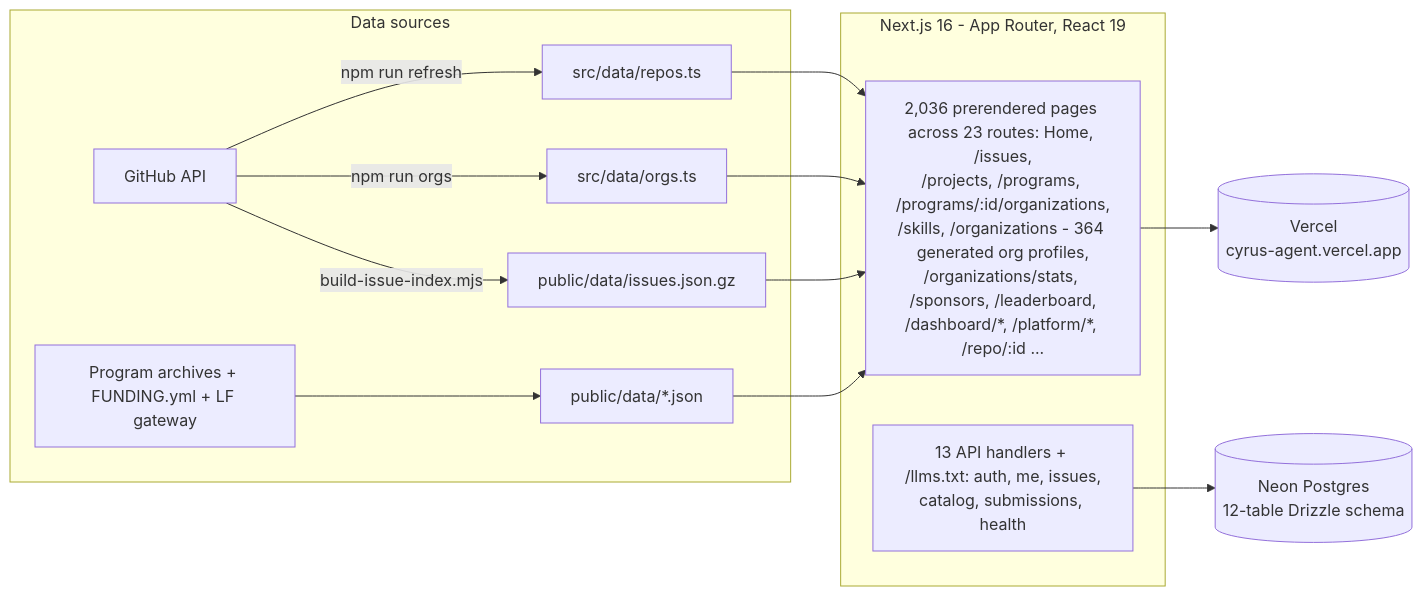
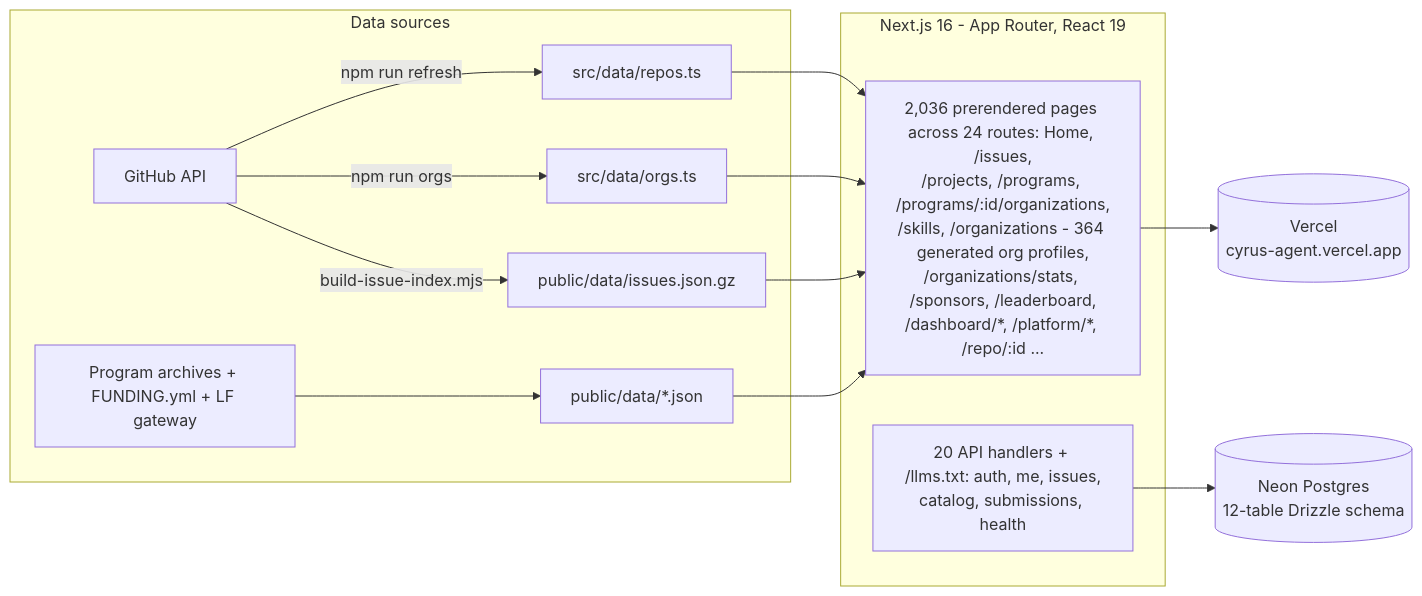
The second of 2 diagrams in README.md (adityalenova/cyrus), drawn with Mermaid before and after one commit. The commit also changed other lines of this file and 25 other files, not shown here.

````diff
--- a/README.md
+++ b/README.md
@@ -342,15 +342,15 @@
 ```mermaid
 flowchart LR
     subgraph sources [Data sources]
         GH[GitHub API] -->|npm run refresh| D1[src/data/repos.ts]
         GH -->|npm run orgs| D2[src/data/orgs.ts]
         GH -->|build-issue-index.mjs| D3[public/data/issues.json.gz]
         SOC[Program archives + FUNDING.yml + LF gateway] --> D4[public/data/*.json]
     end
     subgraph app [Next.js 16 - App Router, React 19]
-        D1 & D2 & D3 & D4 --> PAGES[2,036 prerendered pages across 23 routes: Home, /issues,<br/>/projects, /programs, /programs/:id/organizations,<br/>/skills, /organizations - 364 generated org profiles,<br/>/organizations/stats, /sponsors, /leaderboard,<br/>/dashboard/*, /platform/*, /repo/:id ...]
-        API[13 API handlers + /llms.txt: auth, me, issues,<br/>catalog, submissions, health]
+        D1 & D2 & D3 & D4 --> PAGES[2,036 prerendered pages across 24 routes: Home, /issues,<br/>/projects, /programs, /programs/:id/organizations,<br/>/skills, /organizations - 364 generated org profiles,<br/>/organizations/stats, /sponsors, /leaderboard,<br/>/dashboard/*, /platform/*, /repo/:id ...]
+        API[20 API handlers + /llms.txt: auth, me, issues,<br/>catalog, submissions, health]
     end
     PAGES --> V[(Vercel<br/>cyrus-agent.vercel.app)]
     API --> DB[(Neon Postgres<br/>12-table Drizzle schema)]
 ```
````
